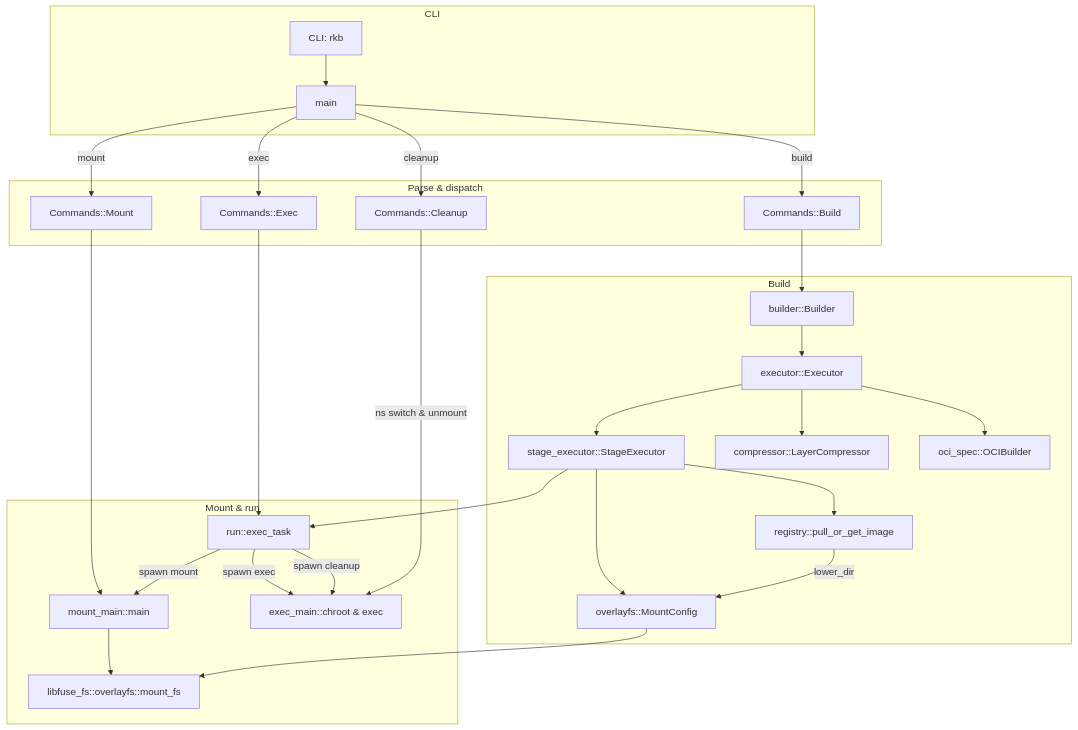
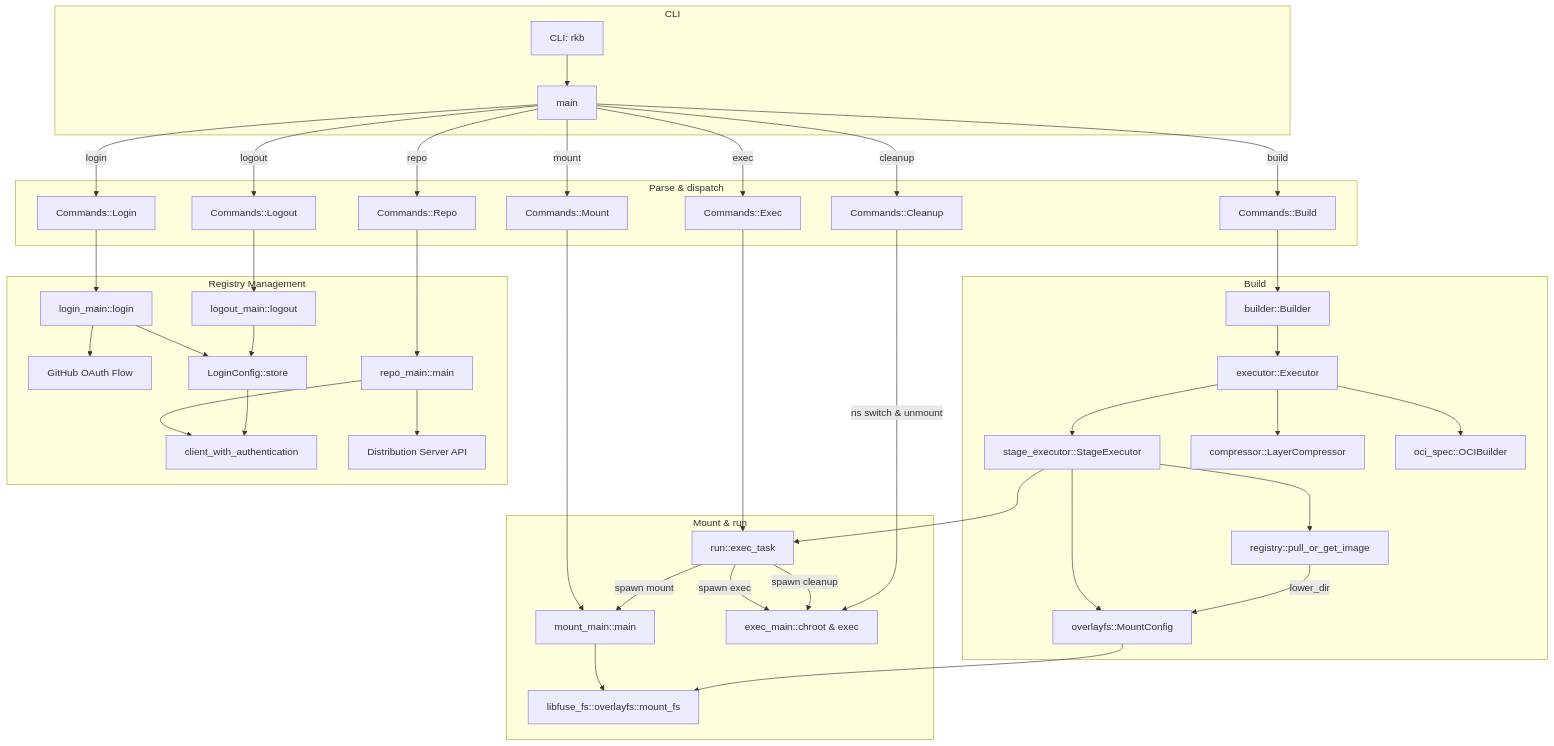
One commit to rk8s-dev/rk8s changed the diagram in project/rkb/README.md. Above: the diagram before and after it, drawn with Mermaid. The commit also changed other lines of this file and 1499 other files, not shown here.

````diff
--- a/project/rkb/README.md
+++ b/project/rkb/README.md
@@ -7,38 +7,53 @@
 ```mermaid
 flowchart TD
   subgraph CLI
     A[CLI: rkb]
     A --> B[main]
   end
 
   subgraph Parse & dispatch
     B -->|build| CmdBuild[Commands::Build]
     B -->|mount| CmdMount[Commands::Mount]
     B -->|exec| CmdExec[Commands::Exec]
     B -->|cleanup| CmdCleanup[Commands::Cleanup]
+    B -->|login| CmdLogin[Commands::Login]
+    B -->|logout| CmdLogout[Commands::Logout]
+    B -->|repo| CmdRepo[Commands::Repo]
   end
 
   subgraph Build
     CmdBuild --> Builder[builder::Builder]
     Builder --> Executor[executor::Executor]
     Executor --> StageExec[stage_executor::StageExecutor]
     StageExec --> Registry[registry::pull_or_get_image]
     StageExec --> MountCfg[overlayfs::MountConfig]
     Executor --> Compressor[compressor::LayerCompressor]
     Executor --> OCIBuilder[oci_spec::OCIBuilder]
   end
 
   subgraph Mount & run
     CmdMount --> MountMain[mount_main::main]
     MountMain --> OverlayFS[libfuse_fs::overlayfs::mount_fs]
     CmdExec --> ExecTask[run::exec_task]
     ExecTask -->|spawn mount| MountMain
     ExecTask -->|spawn exec| ExecProcess[exec_main::chroot & exec]
     ExecTask -->|spawn cleanup| ExecProcess
     CmdCleanup -->|ns switch & unmount| ExecProcess
   end
 
+  subgraph Registry Management
+    CmdLogin --> LoginMain[login_main::login]
+    LoginMain --> OAuth[GitHub OAuth Flow]
+    LoginMain --> Config[LoginConfig::store]
+    CmdLogout --> LogoutMain[logout_main::logout]
+    LogoutMain --> Config
+    CmdRepo --> RepoMain[repo_main::main]
+    RepoMain --> AuthClient[client_with_authentication]
+    RepoMain --> RepoAPI[Distribution Server API]
+  end
+
   StageExec --> ExecTask
   MountCfg --> OverlayFS
   Registry -->| lower_dir| MountCfg
+  Config --> AuthClient
 ```
````
